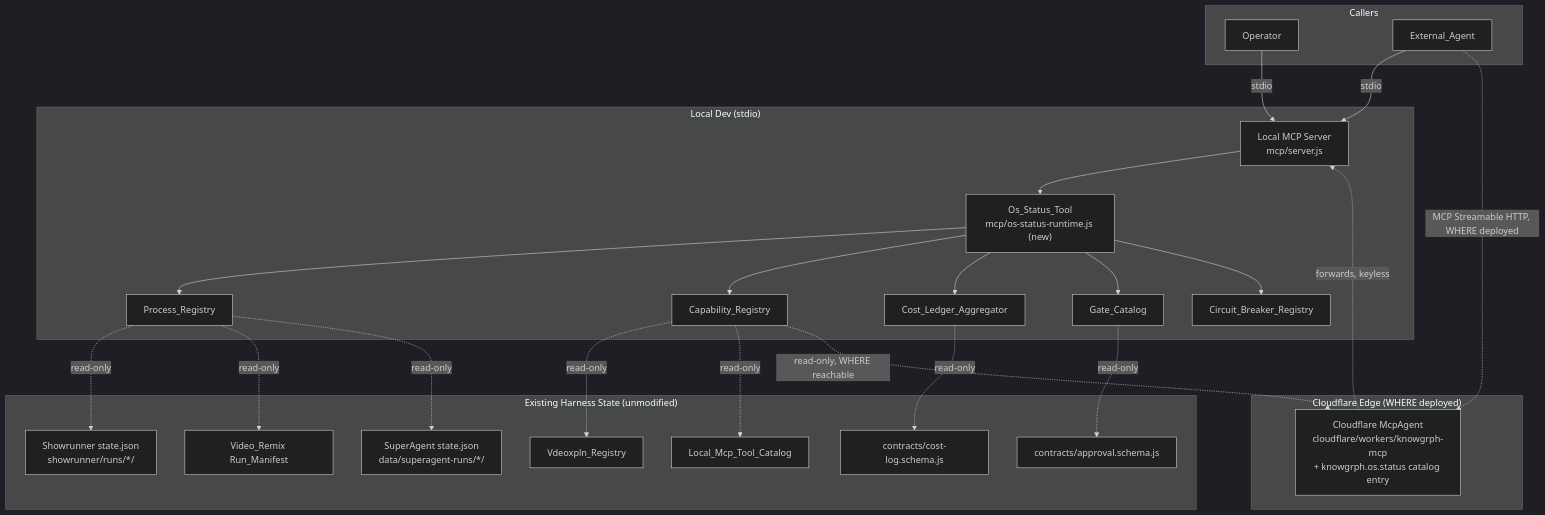
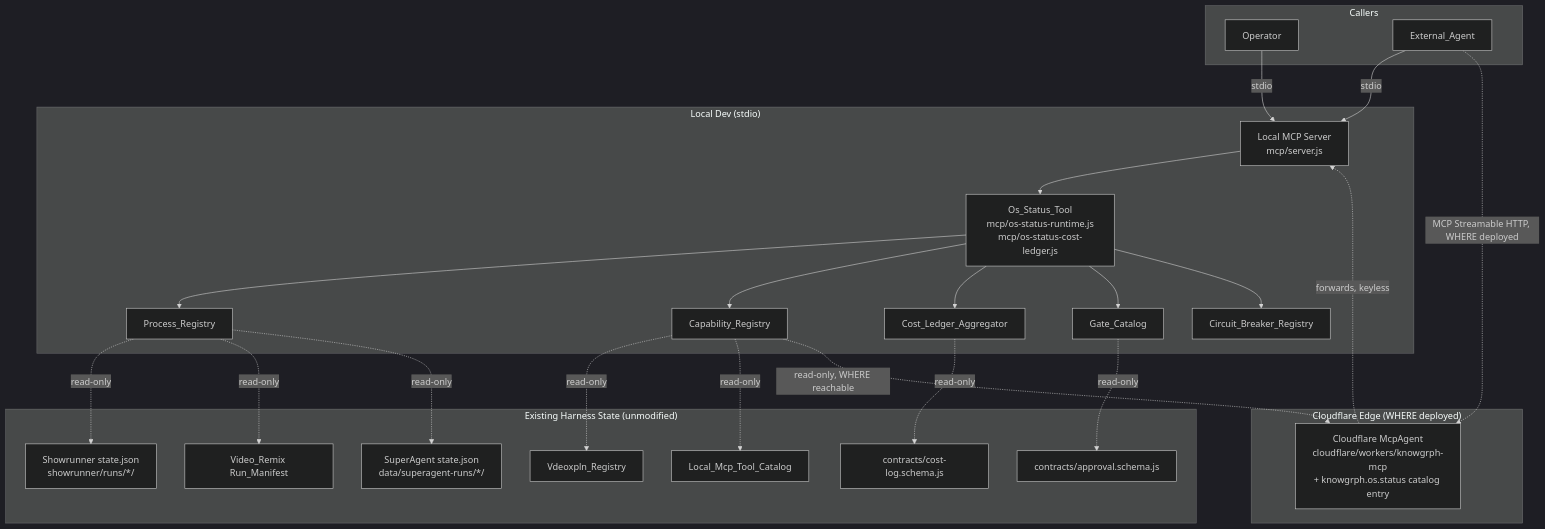
Before and after one commit to huijoohwee/knowgrph: the diagram in docs/documents/knowgrph-agentic-os-prd-tad.md, drawn with Mermaid (dark theme). The commit also changed other lines of this file and 18 other files, not shown here.

Commit message:
feat: ship timeline ruler and os status runtime

````diff
--- a/docs/documents/knowgrph-agentic-os-prd-tad.md
+++ b/docs/documents/knowgrph-agentic-os-prd-tad.md
@@ -209,51 +209,51 @@
 ```mermaid
 flowchart TB
     subgraph Callers["Callers"]
         OP["Operator"]
         EA["External_Agent"]
     end
 
     subgraph LocalDev["Local Dev (stdio)"]
         MCP["Local MCP Server\nmcp/server.js"]
-        OST["Os_Status_Tool\nmcp/os-status-runtime.js (new)"]
+        OST["Os_Status_Tool\nmcp/os-status-runtime.js\nmcp/os-status-cost-ledger.js"]
         PR["Process_Registry"]
         CRg["Capability_Registry"]
         CLA["Cost_Ledger_Aggregator"]
         GC["Gate_Catalog"]
         CBR["Circuit_Breaker_Registry"]
         MCP --> OST
         OST --> PR
         OST --> CRg
         OST --> CLA
         OST --> GC
         OST --> CBR
     end
 
     subgraph Harnesses["Existing Harness State (unmodified)"]
         SR["Showrunner state.json\nshowrunner/runs/*/"]
         VR["Video_Remix Run_Manifest"]
         SA["SuperAgent state.json\ndata/superagent-runs/*/"]
         VD["Vdeoxpln_Registry"]
         LTC["Local_Mcp_Tool_Catalog"]
         CLS["contracts/cost-log.schema.js"]
         APS["contracts/approval.schema.js"]
     end
 
     subgraph CFEdge["Cloudflare Edge (WHERE deployed)"]
         CFA["Cloudflare McpAgent\ncloudflare/workers/knowgrph-mcp\n+ knowgrph.os.status catalog entry"]
     end
 
     OP -->|stdio| MCP
     EA -->|stdio| MCP
     EA -.->|MCP Streamable HTTP, WHERE deployed| CFA
     CFA -.->|forwards, keyless| MCP
 
     PR -. read-only .-> SR
     PR -. read-only .-> VR
     PR -. read-only .-> SA
     CRg -. read-only .-> VD
     CRg -. read-only .-> LTC
     CRg -. read-only, WHERE reachable .-> CFA
     CLA -. read-only .-> CLS
     GC -. read-only .-> APS
 ```
````
